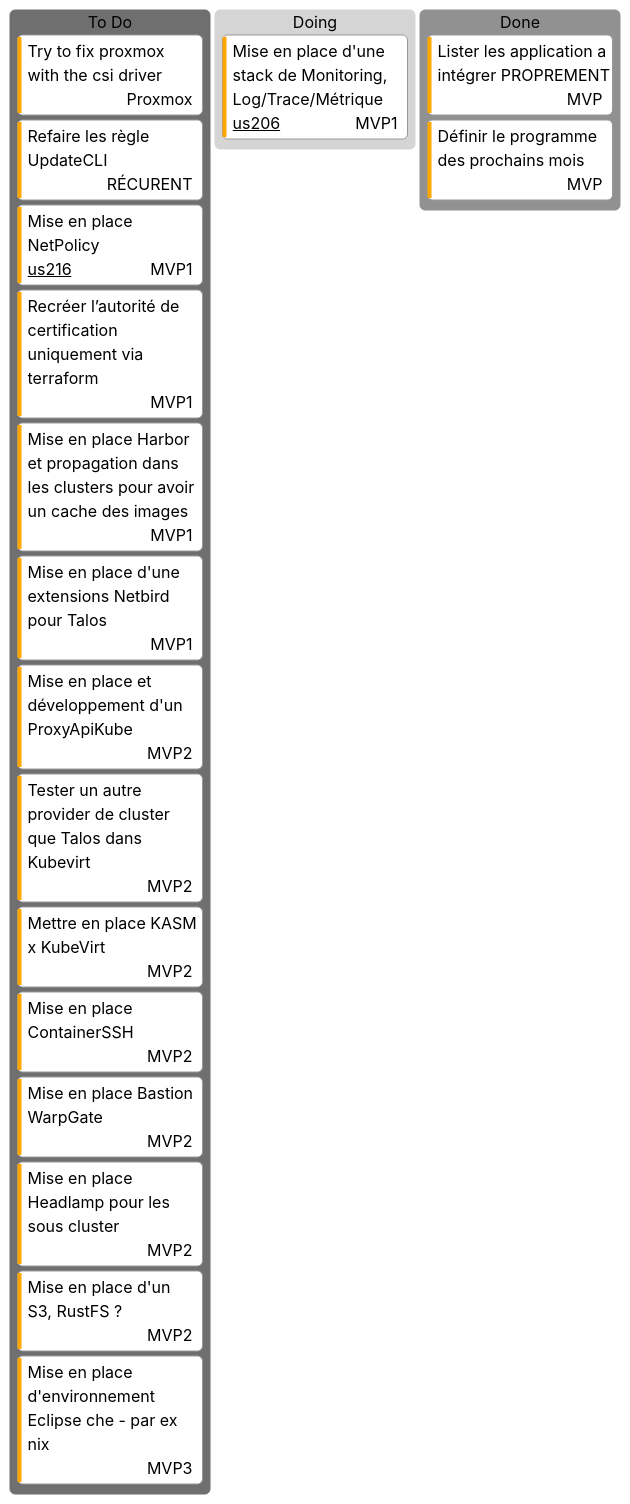
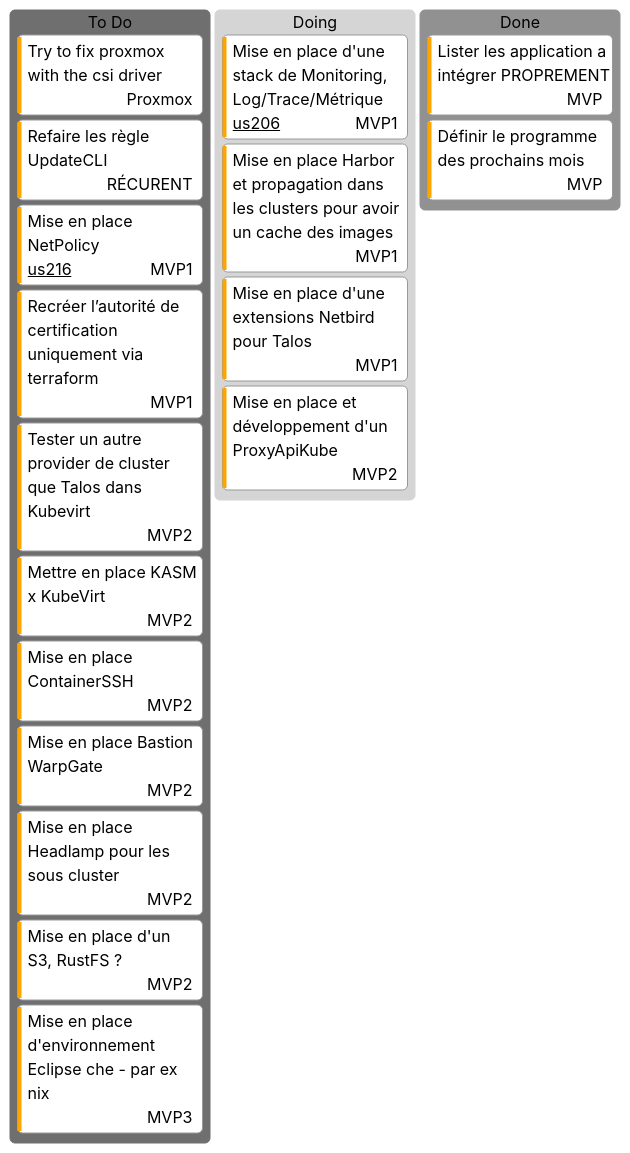
The diagram in 0.docs/0.introduction/kanban.md (batleforc/weebo-si), drawn with Mermaid (neutral theme) before and after one commit. The commit also changed other lines of this file and 3 other files, not shown here.

````diff
--- a/0.docs/0.introduction/kanban.md
+++ b/0.docs/0.introduction/kanban.md
@@ -3,29 +3,29 @@
 ```mermaid
 ---
 config:
   kanban:
     ticketBaseUrl: 'https://batleforc.github.io/weebo-si/0.us/#TICKET#'
 ---
 
 kanban
   todo[To Do]
     us203[Try to fix proxmox with the csi driver]@{ assigned: Proxmox, priority: 'High'}
     us204[Refaire les règle UpdateCLI]@{ assigned: RÉCURENT, priority: 'High'}
     us216[Mise en place NetPolicy]@{ assigned: MVP1, priority: 'High', ticket: 'us216'}
     us205[Recréer l’autorité de certification uniquement via terraform]@{ assigned: MVP1, priority: 'High'}
-    us207[Mise en place Harbor et propagation dans les clusters pour avoir un cache des images]@{ assigned: MVP1, priority: 'High'}
-    us208[Mise en place d'une extensions Netbird pour Talos]@{ assigned: MVP1, priority: 'High'}
-    us209[Mise en place et développement d'un ProxyApiKube]@{ assigned: MVP2, priority: 'High'}
     us210[Tester un autre provider de cluster que Talos dans Kubevirt]@{ assigned: MVP2, priority: 'High'}
     us211[Mettre en place KASM x KubeVirt]@{ assigned: MVP2, priority: 'High'}
     us212[Mise en place ContainerSSH]@{ assigned: MVP2, priority: 'High'}
     us213[Mise en place Bastion WarpGate]@{ assigned: MVP2, priority: 'High'}
     us214[Mise en place Headlamp pour les sous cluster]@{ assigned: MVP2, priority: 'High'}
     us215[Mise en place d'un S3, RustFS ?]@{ assigned: MVP2, priority: 'High'}
     us217[Mise en place d'environnement Eclipse che - par ex nix]@{ assigned: MVP3, priority: 'High'}
   doing[Doing]
     us206[Mise en place d'une stack de Monitoring, Log/Trace/Métrique]@{ assigned: MVP1, priority: 'High', ticket: 'us206'}
+    us207[Mise en place Harbor et propagation dans les clusters pour avoir un cache des images]@{ assigned: MVP1, priority: 'High'}
+    us208[Mise en place d'une extensions Netbird pour Talos]@{ assigned: MVP1, priority: 'High'}
+    us209[Mise en place et développement d'un ProxyApiKube]@{ assigned: MVP2, priority: 'High'}
   done[Done]
     us201[Lister les application a intégrer PROPREMENT]@{ assigned: MVP, priority: 'High'}
     us202[Définir le programme des prochains mois]@{ assigned: MVP, priority: 'High'}
 ```
````
